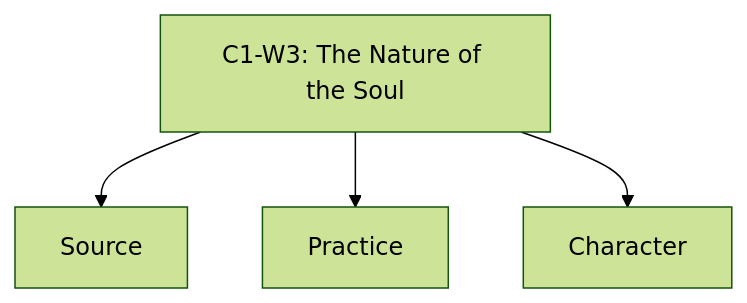
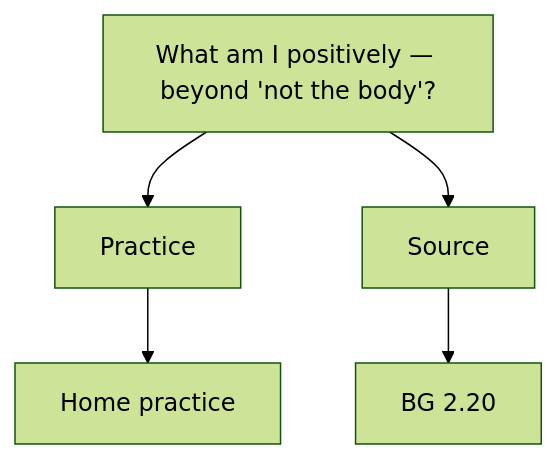
The diagram in 11-weekly-program-library/first-six-months/c1-w3-the-nature-of-the-soul/visuals/concept-map.mmd (swap2you/kutumba-family-program), drawn with Mermaid (forest theme) before and after one commit. The commit also changed 155 other files, not shown here.

```diff
--- a/11-weekly-program-library/first-six-months/c1-w3-the-nature-of-the-soul/visuals/concept-map.mmd
+++ b/11-weekly-program-library/first-six-months/c1-w3-the-nature-of-the-soul/visuals/concept-map.mmd
@@ -1,4 +1,5 @@
-flowchart TD
-  A[C1-W3: The Nature of the Soul] --> B[Source]
-  A --> C[Practice]
-  A --> D[Character]
+flowchart TB
+  Q["What am I positively — beyond 'not the body'?"] --> P[Practice]
+  Q --> S[Source]
+  S --> V[BG 2.20]
+  P --> H[Home practice]
```
